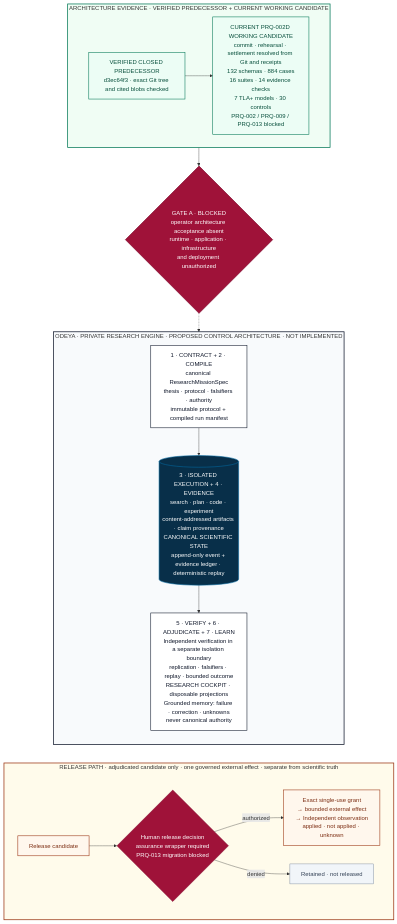
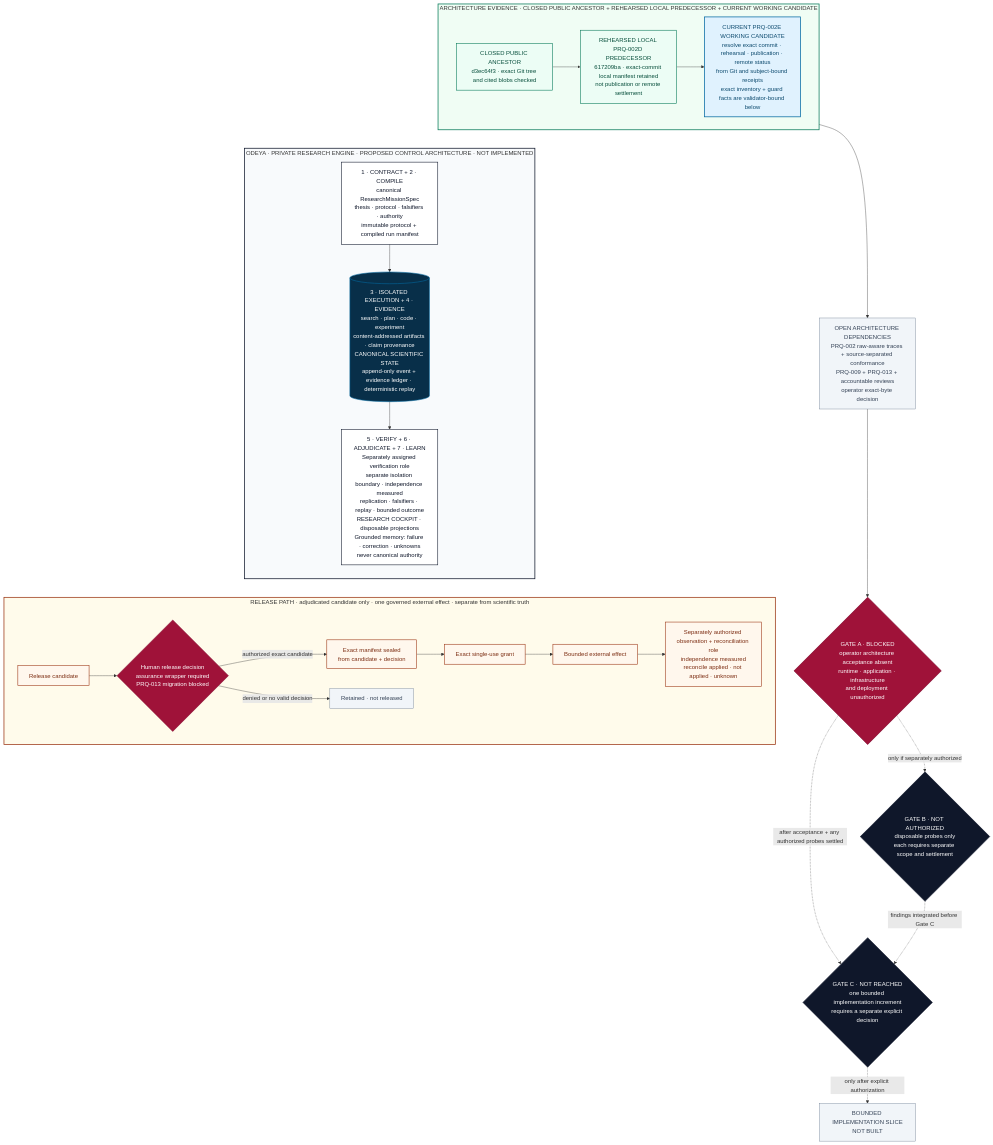
The diagram in README.md (manfromnowhere143/odeya), drawn with Mermaid before and after one commit. The commit also changed other lines of this file and 84 other files, not shown here.

First line of the commit message:
architecture: construct odeya-jcs-0.3 candidate

````diff
--- a/README.md
+++ b/README.md
@@ -25,54 +25,70 @@
 ```mermaid
 flowchart TB
-    subgraph F["ARCHITECTURE EVIDENCE · VERIFIED PREDECESSOR + CURRENT WORKING CANDIDATE"]
+    subgraph F["ARCHITECTURE EVIDENCE · CLOSED PUBLIC ANCESTOR + REHEARSED LOCAL PREDECESSOR + CURRENT WORKING CANDIDATE"]
         direction LR
-        F4["VERIFIED CLOSED PREDECESSOR<br/>d3ec64f3 · exact Git tree and cited blobs checked"]
-        F1["CURRENT PRQ-002D WORKING CANDIDATE<br/>commit · rehearsal · settlement resolved from Git and receipts<br/>132 schemas · 884 cases<br/>16 suites · 14 evidence checks<br/>7 TLA+ models · 30 controls<br/>PRQ-002 / PRQ-009 / PRQ-013 blocked"]
-        F4 --> F1
+        F4["CLOSED PUBLIC ANCESTOR<br/>d3ec64f3 · exact Git tree and cited blobs checked"]
+        F3["REHEARSED LOCAL PRQ-002D PREDECESSOR<br/>617209ba · exact-commit local manifest retained<br/>not publication or remote settlement"]
+        F1["CURRENT PRQ-002E WORKING CANDIDATE<br/>resolve exact commit · rehearsal · publication · remote status<br/>from Git and subject-bound receipts<br/>exact inventory + guard facts are validator-bound below"]
+        F4 --> F3 --> F1
     end
 
+    Q["OPEN ARCHITECTURE DEPENDENCIES<br/>PRQ-002 raw-aware traces + source-separated conformance<br/>PRQ-009 + PRQ-013 + accountable reviews<br/>operator exact-byte decision"]
     GA{"GATE A · BLOCKED<br/>operator architecture acceptance absent<br/>runtime · application · infrastructure<br/>and deployment unauthorized"}
-    F1 --> GA
+    GB{"GATE B · NOT AUTHORIZED<br/>disposable probes only<br/>each requires separate scope and settlement"}
+    GC{"GATE C · NOT REACHED<br/>one bounded implementation increment<br/>requires a separate explicit decision"}
+    I["BOUNDED IMPLEMENTATION SLICE<br/>NOT BUILT"]
+    F1 --> Q --> GA
+    GA -.->|only if separately authorized| GB
+    GA -.->|after acceptance + any authorized probes settled| GC
+    GB -.->|findings integrated before Gate C| GC
+    GC -.->|only after explicit authorization| I
 
     subgraph R["ODEYA · PRIVATE RESEARCH ENGINE · PROPOSED CONTROL ARCHITECTURE · NOT IMPLEMENTED"]
         direction TB
         C["1 · CONTRACT + 2 · COMPILE<br/>canonical ResearchMissionSpec<br/>thesis · protocol · falsifiers · authority<br/>immutable protocol + compiled run manifest"]
         K[("3 · ISOLATED EXECUTION + 4 · EVIDENCE<br/>search · plan · code · experiment<br/>content-addressed artifacts · claim provenance<br/>CANONICAL SCIENTIFIC STATE<br/>append-only event + evidence ledger · deterministic replay")]
-        V["5 · VERIFY + 6 · ADJUDICATE + 7 · LEARN<br/>Independent verification in a separate isolation boundary<br/>replication · falsifiers · replay · bounded outcome<br/>RESEARCH COCKPIT · disposable projections<br/>Grounded memory: failure · correction · unknowns<br/>never canonical authority"]
+        V["5 · VERIFY + 6 · ADJUDICATE + 7 · LEARN<br/>Separately assigned verification role<br/>separate isolation boundary · independence measured<br/>replication · falsifiers · replay · bounded outcome<br/>RESEARCH COCKPIT · disposable projections<br/>Grounded memory: failure · correction · unknowns<br/>never canonical authority"]
         C --> K --> V
     end
 
     subgraph X["RELEASE PATH · adjudicated candidate only · one governed external effect · separate from scientific truth"]
         direction LR
         RC["Release candidate"]
         H{"Human release decision<br/>assurance wrapper required<br/>PRQ-013 migration blocked"}
-        G["Exact single-use grant<br/>→ bounded external effect<br/>→ Independent observation<br/>applied · not applied · unknown"]
+        M["Exact manifest sealed<br/>from candidate + decision"]
+        G["Exact single-use grant"]
+        E["Bounded external effect"]
+        O["Separately authorized observation + reconciliation role<br/>independence measured<br/>reconcile applied · not applied · unknown"]
         N["Retained · not released"]
         RC --> H
-        H -->|authorized| G
-        H -->|denied| N
+        H -->|authorized exact candidate| M --> G --> E --> O
+        H -->|denied or no valid decision| N
     end
 
-    GA -.-> C
+    F ~~~ R
     R ~~~ X
 
     classDef retained fill:#ECFDF5,stroke:#047857,stroke-width:1.5px,color:#064E3B
     classDef blocked fill:#9F1239,stroke:#881337,stroke-width:2px,color:#FFFFFF
+    classDef candidate fill:#E0F2FE,stroke:#0369A1,stroke-width:2px,color:#0C4A6E
     classDef core fill:#FFFFFF,stroke:#0F172A,stroke-width:1.5px,color:#0F172A
     classDef evidence fill:#E0F2FE,stroke:#0369A1,stroke-width:1.5px,color:#0C4A6E
     classDef state fill:#082F49,stroke:#0369A1,stroke-width:1.5px,color:#FFFFFF
     classDef decision fill:#0F172A,stroke:#0F172A,stroke-width:1.5px,color:#FFFFFF
     classDef release fill:#FFF7ED,stroke:#9A3412,stroke-width:1.5px,color:#7C2D12
     classDef releaseGate fill:#9F1239,stroke:#881337,stroke-width:1.5px,color:#FFFFFF
     classDef quiet fill:#F1F5F9,stroke:#64748B,stroke-width:1px,color:#334155
-    class F1,F4 retained
+    class F3,F4 retained
+    class F1 candidate
     class GA blocked
+    class GB,GC decision
+    class Q,I quiet
     class C,V core
     class K state
-    class RC,G release
+    class RC,M,G,E,O release
     class H releaseGate
     class N quiet
     style F fill:#F0FDF4,stroke:#047857,stroke-width:2px
     style R fill:#F8FAFC,stroke:#0F172A,stroke-width:2px
     style X fill:#FFFBEB,stroke:#9A3412,stroke-width:2px
 ```
````
